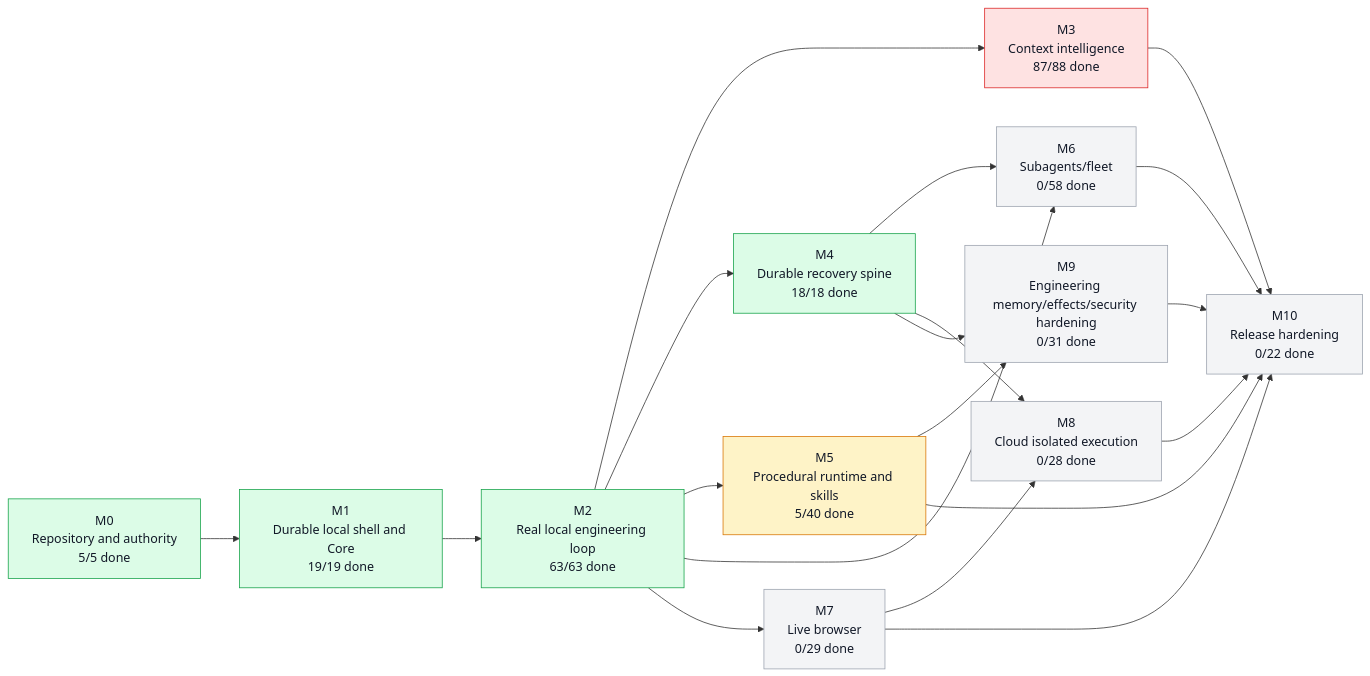
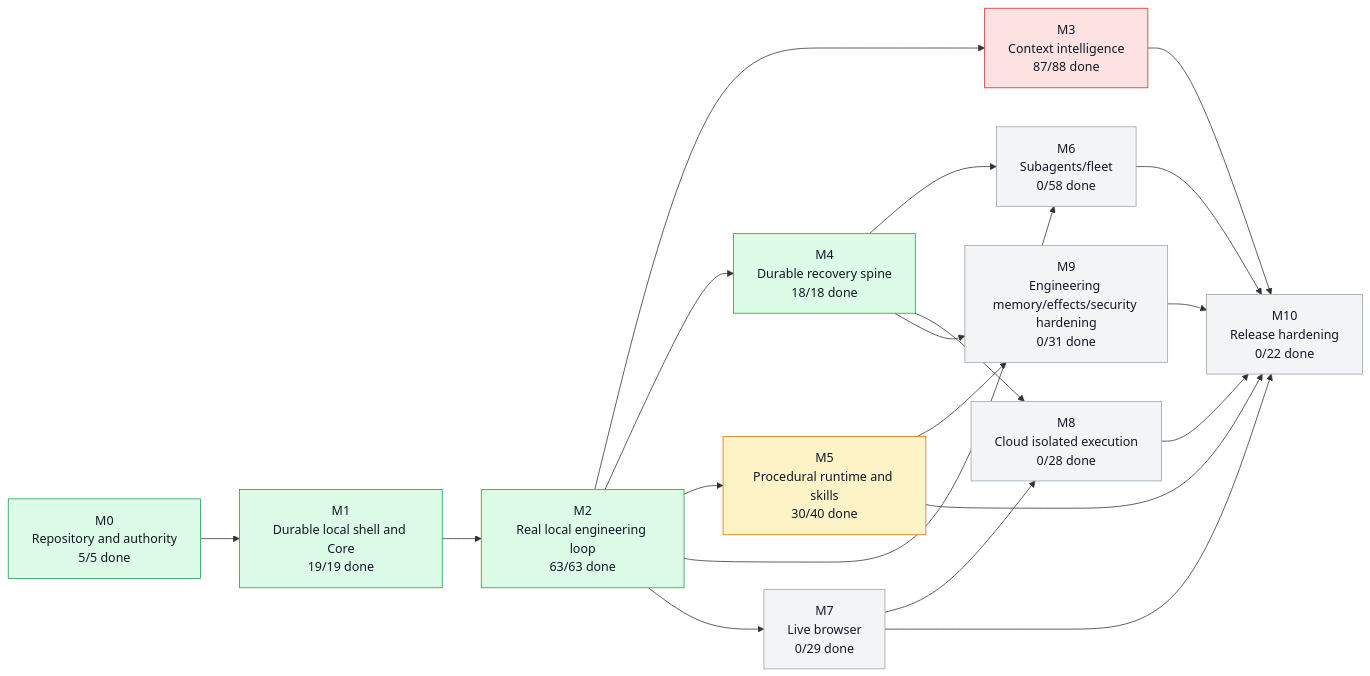
The first of 5 diagrams in graph/PROJECT_GRAPH.md (moss101/modbit), drawn with Mermaid before and after one commit. The commit also changed other lines of this file and 54 other files, not shown here.

````diff
--- a/graph/PROJECT_GRAPH.md
+++ b/graph/PROJECT_GRAPH.md
@@ -57,43 +57,43 @@
 ```mermaid
 flowchart LR
   M0["M0<br/>Repository and authority<br/>5/5 done"]
   M1["M1<br/>Durable local shell and Core<br/>19/19 done"]
   M2["M2<br/>Real local engineering loop<br/>63/63 done"]
   M3["M3<br/>Context intelligence<br/>87/88 done"]
   M4["M4<br/>Durable recovery spine<br/>18/18 done"]
-  M5["M5<br/>Procedural runtime and skills<br/>5/40 done"]
+  M5["M5<br/>Procedural runtime and skills<br/>30/40 done"]
   M6["M6<br/>Subagents/fleet<br/>0/58 done"]
   M7["M7<br/>Live browser<br/>0/29 done"]
   M8["M8<br/>Cloud isolated execution<br/>0/28 done"]
   M9["M9<br/>Engineering memory/effects/security hardening<br/>0/31 done"]
   M10["M10<br/>Release hardening<br/>0/22 done"]
   M0 --> M1
   M1 --> M2
   M2 --> M3
   M2 --> M4
   M2 --> M5
   M2 --> M6
   M4 --> M6
   M2 --> M7
   M4 --> M8
   M7 --> M8
   M4 --> M9
   M5 --> M9
   M3 --> M10
   M5 --> M10
   M6 --> M10
   M7 --> M10
   M8 --> M10
   M9 --> M10
   style M0 fill:#dcfce7,stroke:#16a34a,color:#111827
   style M1 fill:#dcfce7,stroke:#16a34a,color:#111827
   style M2 fill:#dcfce7,stroke:#16a34a,color:#111827
   style M3 fill:#fee2e2,stroke:#dc2626,color:#111827
   style M4 fill:#dcfce7,stroke:#16a34a,color:#111827
   style M5 fill:#fef3c7,stroke:#d97706,color:#111827
   style M6 fill:#f3f4f6,stroke:#9ca3af,color:#111827
   style M7 fill:#f3f4f6,stroke:#9ca3af,color:#111827
   style M8 fill:#f3f4f6,stroke:#9ca3af,color:#111827
   style M9 fill:#f3f4f6,stroke:#9ca3af,color:#111827
   style M10 fill:#f3f4f6,stroke:#9ca3af,color:#111827
 ```
````
